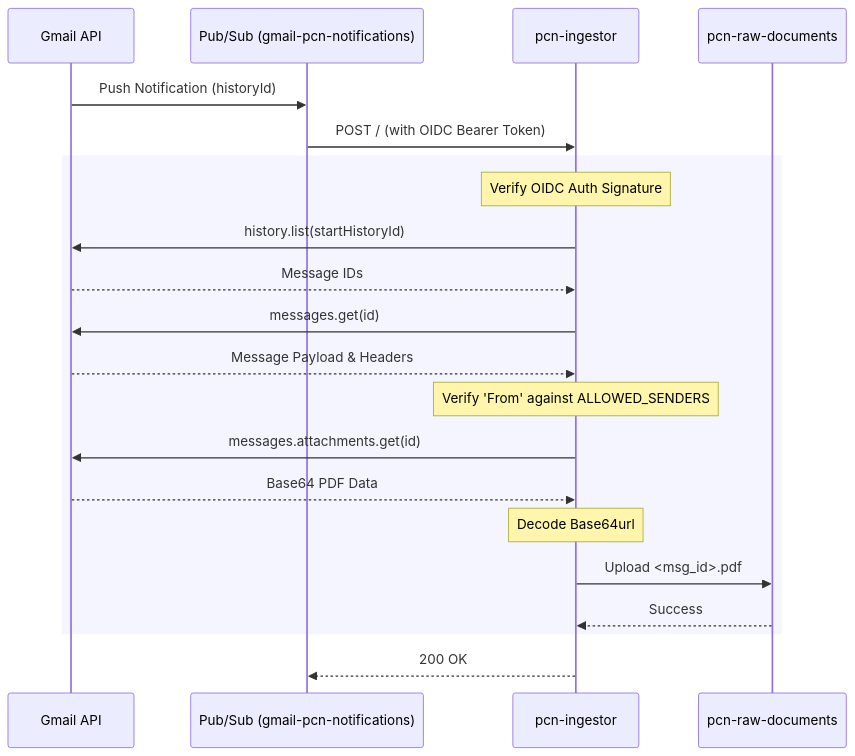
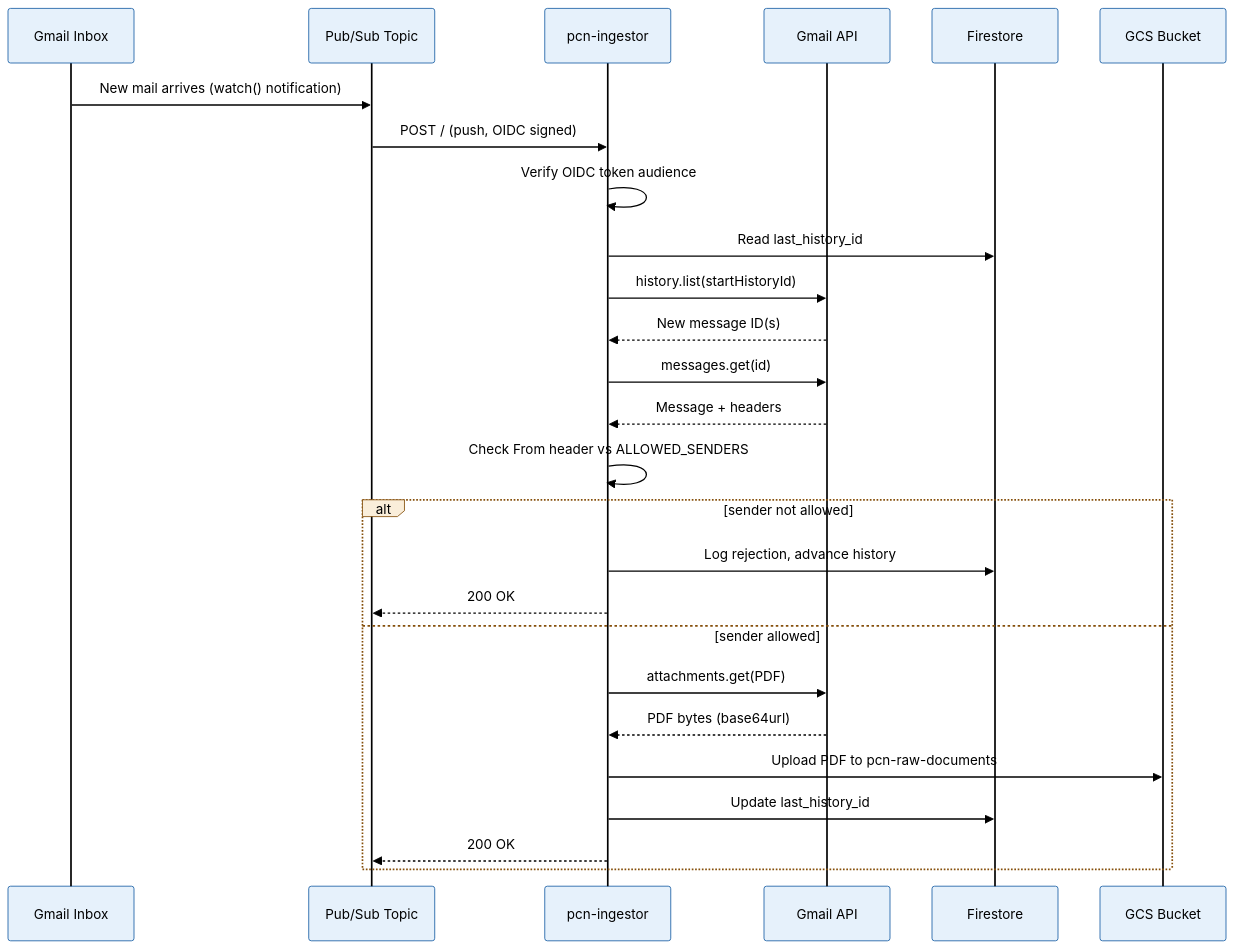
Before and after one commit to shawnsony07/pcn-orchestrator-2026: the diagram in docs/diagrams/ingestion-sequence.mmd, drawn with Mermaid. The commit also changed 28 other files, not shown here.

Commit message:
docs: update architecture diagrams and readme

```diff
--- a/docs/diagrams/ingestion-sequence.mmd
+++ b/docs/diagrams/ingestion-sequence.mmd
@@ -1,28 +1,49 @@
-%%{init: {'theme': 'default'}}%%
+%%{init: {'theme':'base', 'themeVariables': {
+  'primaryColor': '#E6F1FB',
+  'primaryTextColor': '#000000',
+  'primaryBorderColor': '#185FA5',
+  'lineColor': '#000000',
+  'actorBkg': '#E6F1FB',
+  'actorBorder': '#185FA5',
+  'actorTextColor': '#000000',
+  'actorLineColor': '#000000',
+  'signalColor': '#000000',
+  'signalTextColor': '#000000',
+  'labelBoxBkgColor': '#FAEEDA',
+  'labelBoxBorderColor': '#854F0B',
+  'labelTextColor': '#000000',
+  'loopTextColor': '#000000',
+  'noteBorderColor': '#993C1D',
+  'noteBkgColor': '#FAECE7',
+  'noteTextColor': '#000000',
+  'activationBorderColor': '#185FA5',
+  'activationBkgColor': '#B5D4F4',
+  'sequenceNumberColor': '#000000'
+}}}%%
 sequenceDiagram
-    participant Gmail as Gmail API
-    participant PubSub as Pub/Sub (gmail-pcn-notifications)
+    participant Gmail as Gmail Inbox
+    participant PubSub as Pub/Sub Topic
     participant Ingestor as pcn-ingestor
-    participant GCS as pcn-raw-documents
+    participant GmailAPI as Gmail API
+    participant Firestore as Firestore
+    participant GCS as GCS Bucket
 
-    Gmail->>PubSub: Push Notification (historyId)
-    PubSub->>Ingestor: POST / (with OIDC Bearer Token)
-    
-    rect rgb(245, 245, 255)
-        Note over Ingestor: Verify OIDC Auth Signature
-        Ingestor->>Gmail: history.list(startHistoryId)
-        Gmail-->>Ingestor: Message IDs
-        Ingestor->>Gmail: messages.get(id)
-        Gmail-->>Ingestor: Message Payload & Headers
-        
-        Note over Ingestor: Verify 'From' against ALLOWED_SENDERS
-        
-        Ingestor->>Gmail: messages.attachments.get(id)
-        Gmail-->>Ingestor: Base64 PDF Data
-        
-        Note over Ingestor: Decode Base64url
-        Ingestor->>GCS: Upload <msg_id>.pdf
-        GCS-->>Ingestor: Success
+    Gmail->>PubSub: New mail arrives (watch() notification)
+    PubSub->>Ingestor: POST / (push, OIDC signed)
+    Ingestor->>Ingestor: Verify OIDC token audience
+    Ingestor->>Firestore: Read last_history_id
+    Ingestor->>GmailAPI: history.list(startHistoryId)
+    GmailAPI-->>Ingestor: New message ID(s)
+    Ingestor->>GmailAPI: messages.get(id)
+    GmailAPI-->>Ingestor: Message + headers
+    Ingestor->>Ingestor: Check From header vs ALLOWED_SENDERS
+    alt sender not allowed
+        Ingestor->>Firestore: Log rejection, advance history
+        Ingestor-->>PubSub: 200 OK
+    else sender allowed
+        Ingestor->>GmailAPI: attachments.get(PDF)
+        GmailAPI-->>Ingestor: PDF bytes (base64url)
+        Ingestor->>GCS: Upload PDF to pcn-raw-documents
+        Ingestor->>Firestore: Update last_history_id
+        Ingestor-->>PubSub: 200 OK
     end
-    
-    Ingestor-->>PubSub: 200 OK
```
